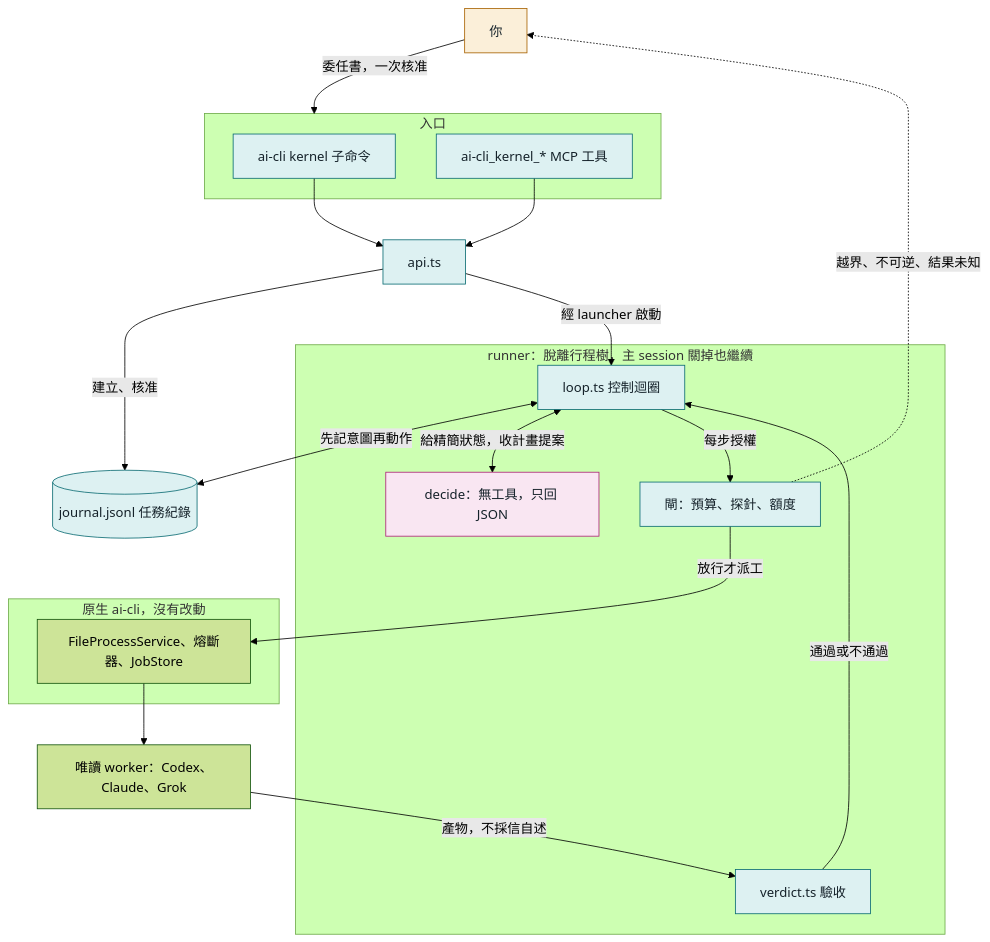
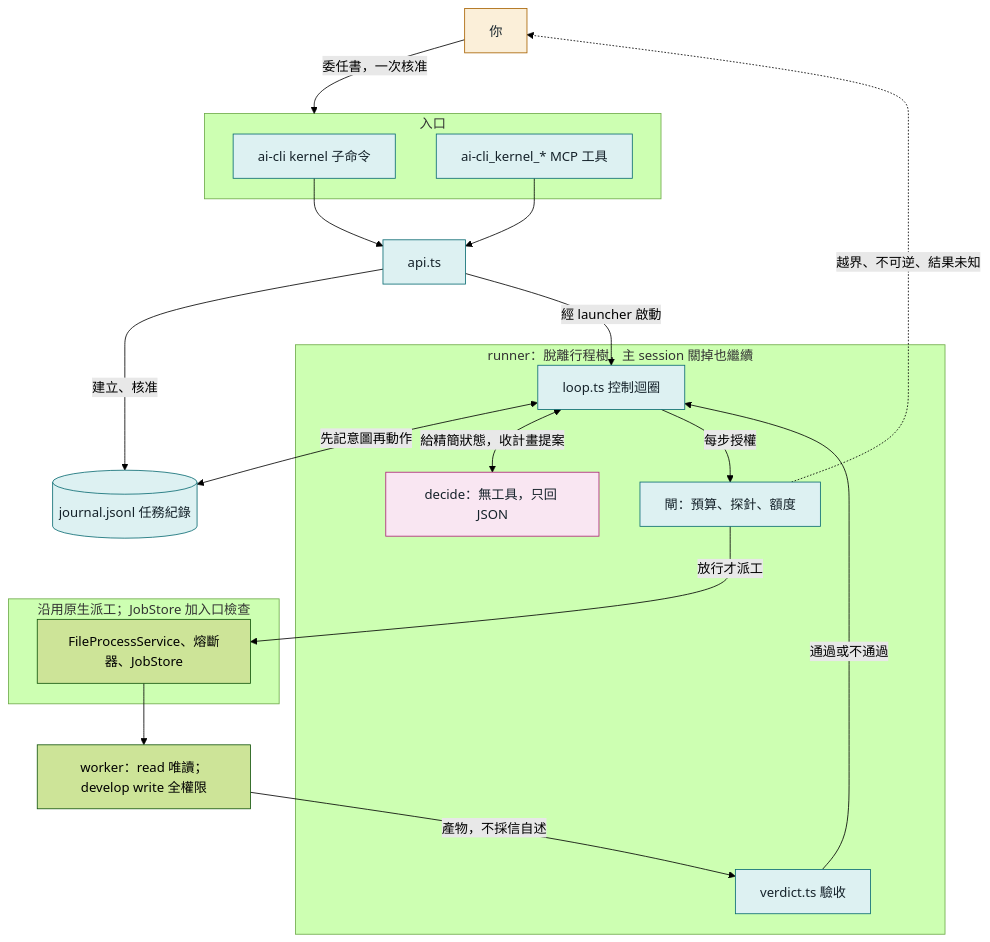
Before and after one commit to moerasermax/tkflyc-ai-cli: the first of 13 diagrams in docs/ai-cli_kernel/技術手冊.md, drawn with Mermaid (forest theme). The commit also changed other lines of this file and 14 other files, not shown here.

````diff
--- a/docs/ai-cli_kernel/技術手冊.md
+++ b/docs/ai-cli_kernel/技術手冊.md
@@ -11,38 +11,38 @@
 ```mermaid
 flowchart TB
   YOU["你"]:::human
   subgraph ENTRY["入口"]
     CLI["ai-cli kernel 子命令"]:::code
     MCP["ai-cli_kernel_* MCP 工具"]:::code
   end
   API["api.ts"]:::code
   subgraph RUN["runner：脫離行程樹，主 session 關掉也繼續"]
     LOOP["loop.ts 控制迴圈"]:::code
     DECIDE["decide：無工具，只回 JSON"]:::model
     GATE["閘：預算、探針、額度"]:::code
     VERDICT["verdict.ts 驗收"]:::code
   end
   JOURNAL[("journal.jsonl 任務紀錄")]:::code
-  subgraph NATIVE["原生 ai-cli，沒有改動"]
+  subgraph NATIVE["沿用原生派工；JobStore 加入口檢查"]
     FPS["FileProcessService、熔斷器、JobStore"]
   end
-  WORKER["唯讀 worker：Codex、Claude、Grok"]
+  WORKER["worker：read 唯讀；develop write 全權限"]
 
   YOU -->|"委任書，一次核准"| ENTRY
   CLI --> API
   MCP --> API
   API -->|"建立、核准"| JOURNAL
   API -->|"經 launcher 啟動"| LOOP
   LOOP <-->|"先記意圖再動作"| JOURNAL
   LOOP <-->|"給精簡狀態，收計畫提案"| DECIDE
   LOOP -->|"每步授權"| GATE
   GATE -->|"放行才派工"| FPS
   FPS --> WORKER
   WORKER -->|"產物，不採信自述"| VERDICT
   VERDICT -->|"通過或不通過"| LOOP
   GATE -.->|"越界、不可逆、結果未知"| YOU
 
   classDef model fill:#F9E6F2,stroke:#AD2478,color:#15222A
   classDef code fill:#DDF1F2,stroke:#0A6B72,color:#15222A
   classDef human fill:#FBEFD9,stroke:#A86200,color:#15222A
 ```
````
